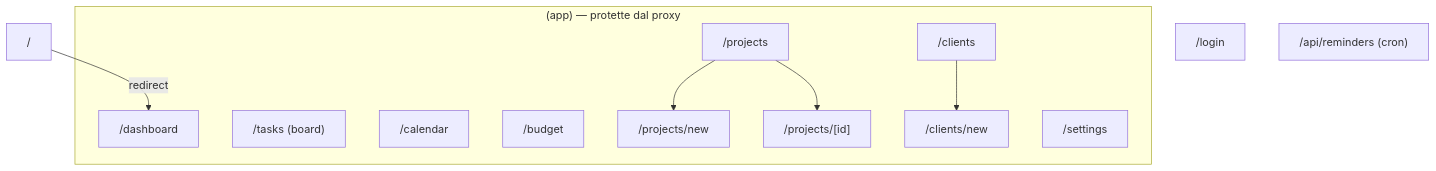
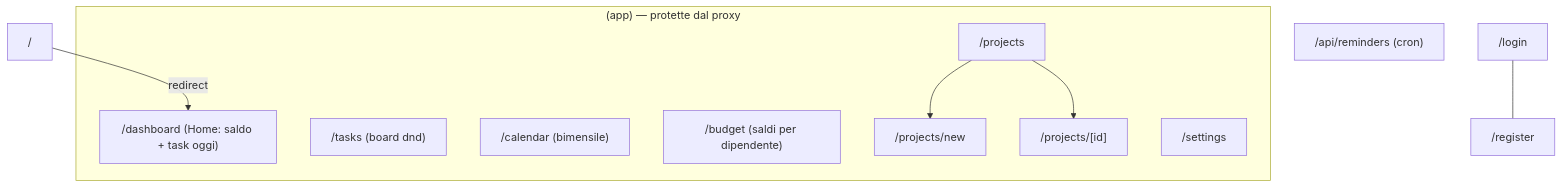
One commit to tramitemarketing/TramiteStack changed the fifth of 5 diagrams in docs/CODE_GRAPH.md. Above: the diagram before and after it, drawn with Mermaid. The commit also changed other lines of this file and 46 other files, not shown here.

````diff
--- a/docs/CODE_GRAPH.md
+++ b/docs/CODE_GRAPH.md
@@ -136,21 +88,15 @@
 ```mermaid
 flowchart TD
   root["/"] -->|redirect| dash
-  login["/login"]
+  login["/login"] --- reg["/register"]
   subgraph app["(app) — protette dal proxy"]
-    dash["/dashboard"]
-    tasks["/tasks (board)"]
-    cal["/calendar"]
-    budget["/budget"]
-    projects["/projects"]
-    pnew["/projects/new"]
-    pdet["/projects/[id]"]
-    clients["/clients"]
-    cnew["/clients/new"]
+    dash["/dashboard (Home: saldo + task oggi)"]
+    tasks["/tasks (board dnd)"]
+    cal["/calendar (bimensile)"]
+    budget["/budget (saldi per dipendente)"]
+    projects["/projects"] --> pnew["/projects/new"]
+    projects --> pdet["/projects/[id]"]
     settings["/settings"]
   end
   api["/api/reminders (cron)"]
-  projects --> pnew
-  projects --> pdet
-  clients --> cnew
 ```
````
